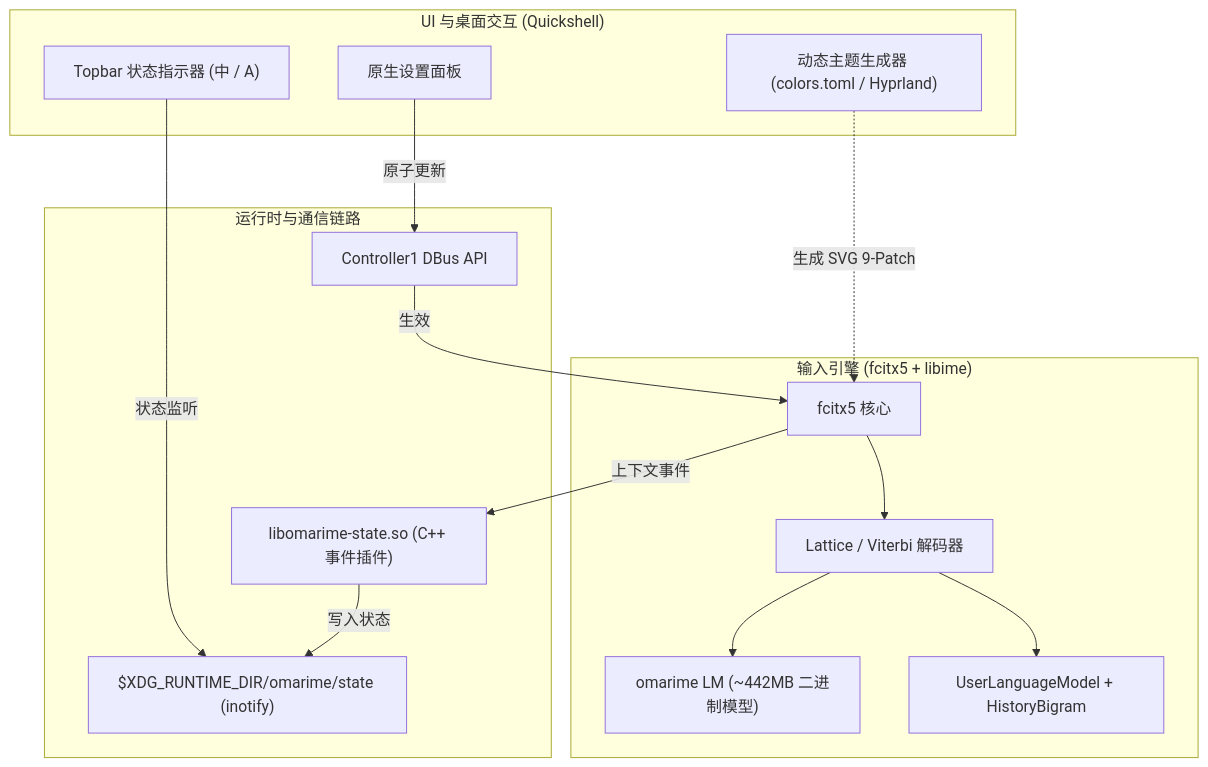
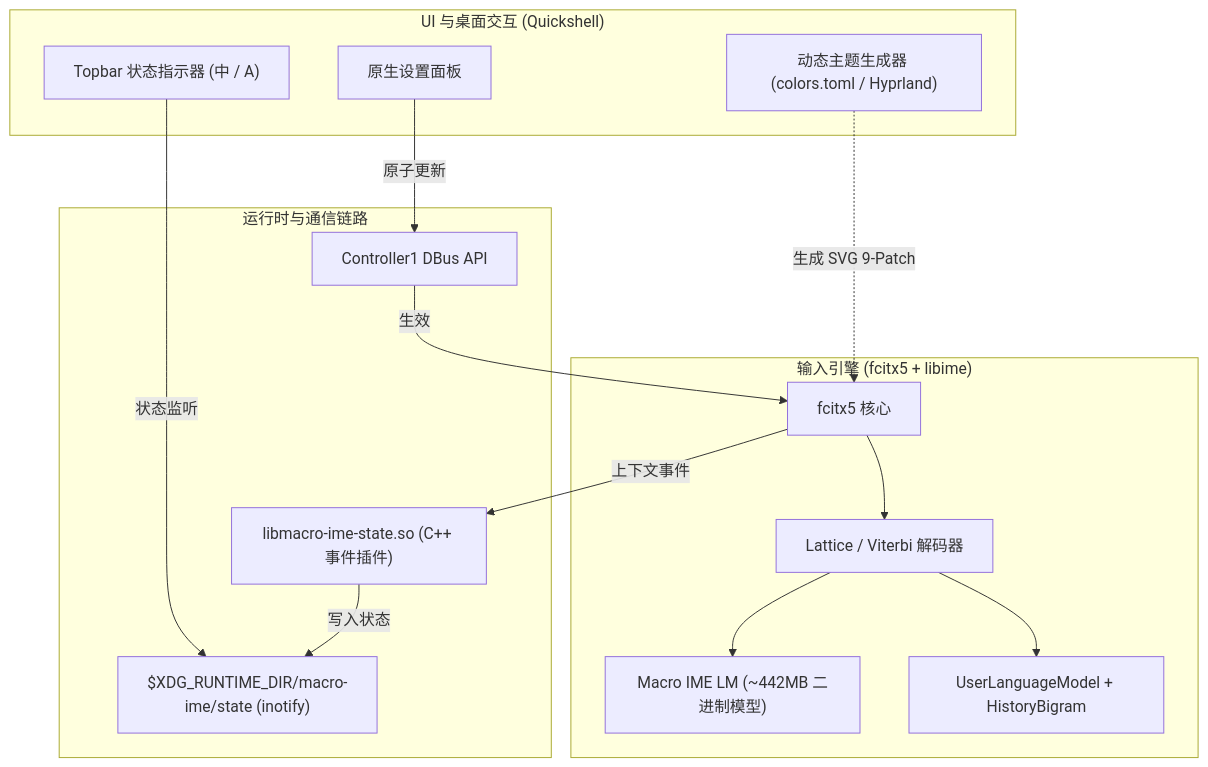
One commit to forbidden-game/macro-ime changed the diagram in README.md. Above: the diagram before and after it, drawn with Mermaid. The commit also changed other lines of this file and 39 other files, not shown here.

First line of the commit message:
refactor: rename project and all components to Macro IME

````diff
--- a/README.md
+++ b/README.md
@@ -85,31 +85,31 @@
 ```mermaid
 flowchart TD
     subgraph UI ["UI 与桌面交互 (Quickshell)"]
         BAR["Topbar 状态指示器 (中 / A)"]
         SETTINGS["原生设置面板"]
         THEME["动态主题生成器 (colors.toml / Hyprland)"]
     end
 
     subgraph Runtime ["运行时与通信链路"]
-        ADDON["libomarime-state.so (C++ 事件插件)"]
-        STATE["$XDG_RUNTIME_DIR/omarime/state (inotify)"]
+        ADDON["libmacro-ime-state.so (C++ 事件插件)"]
+        STATE["$XDG_RUNTIME_DIR/macro-ime/state (inotify)"]
         DBUS["Controller1 DBus API"]
     end
 
     subgraph Engine ["输入引擎 (fcitx5 + libime)"]
         CORE["fcitx5 核心"]
         DECODER["Lattice / Viterbi 解码器"]
-        LM["omarime LM (~442MB 二进制模型)"]
+        LM["Macro IME LM (~442MB 二进制模型)"]
         USER_LM["UserLanguageModel + HistoryBigram"]
     end
 
     BAR -->|状态监听| STATE
     ADDON -->|写入状态| STATE
     CORE -->|上下文事件| ADDON
     SETTINGS -->|原子更新| DBUS
     DBUS -->|生效| CORE
     THEME -.->|生成 SVG 9-Patch| CORE
     CORE --> DECODER
     DECODER --> LM
     DECODER --> USER_LM
 ```
````
